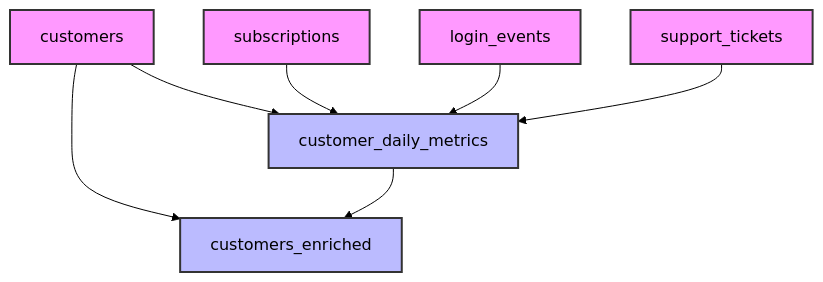
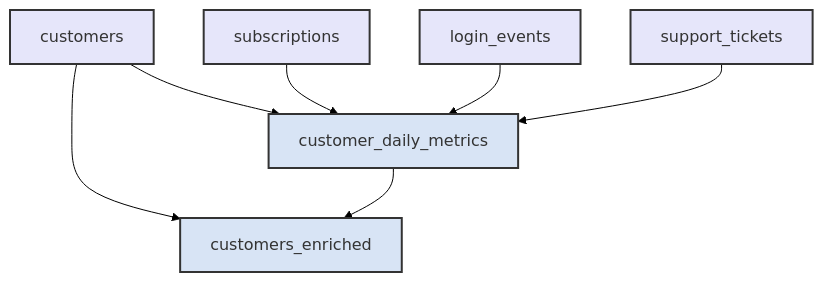
The diagram in models/saas_data/dag.md (unprobable-x/dbt-learning), drawn with Mermaid (forest theme) before and after one commit. The commit also changed other lines of this file, not shown here.

````diff
--- a/models/saas_data/dag.md
+++ b/models/saas_data/dag.md
@@ -1,28 +1,28 @@
 ```mermaid
 graph TD
     %% Base Models
     customers[customers]
     subscriptions[subscriptions]
     login_events[login_events]
     support_tickets[support_tickets]
 
     %% Derived Models
     customer_daily_metrics[customer_daily_metrics]
     customers_enriched[customers_enriched]
 
     %% Dependencies
     customers --> customer_daily_metrics
     subscriptions --> customer_daily_metrics
     login_events --> customer_daily_metrics
     support_tickets --> customer_daily_metrics
 
     customers --> customers_enriched
     customer_daily_metrics --> customers_enriched
 
     %% Styling
-    classDef base fill:#f9f,stroke:#333,stroke-width:2px
-    classDef derived fill:#bbf,stroke:#333,stroke-width:2px
+    classDef base fill:#e6e6fa,stroke:#333,stroke-width:2px,color:#333
+    classDef derived fill:#d8e4f5,stroke:#333,stroke-width:2px,color:#333
 
     class customers,subscriptions,login_events,support_tickets base
     class customer_daily_metrics,customers_enriched derived
 ```
````
